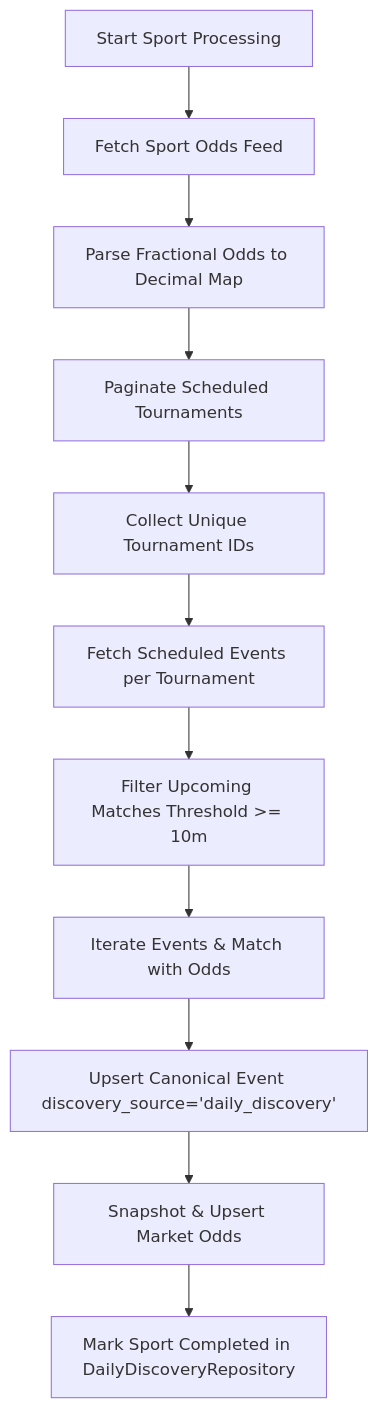
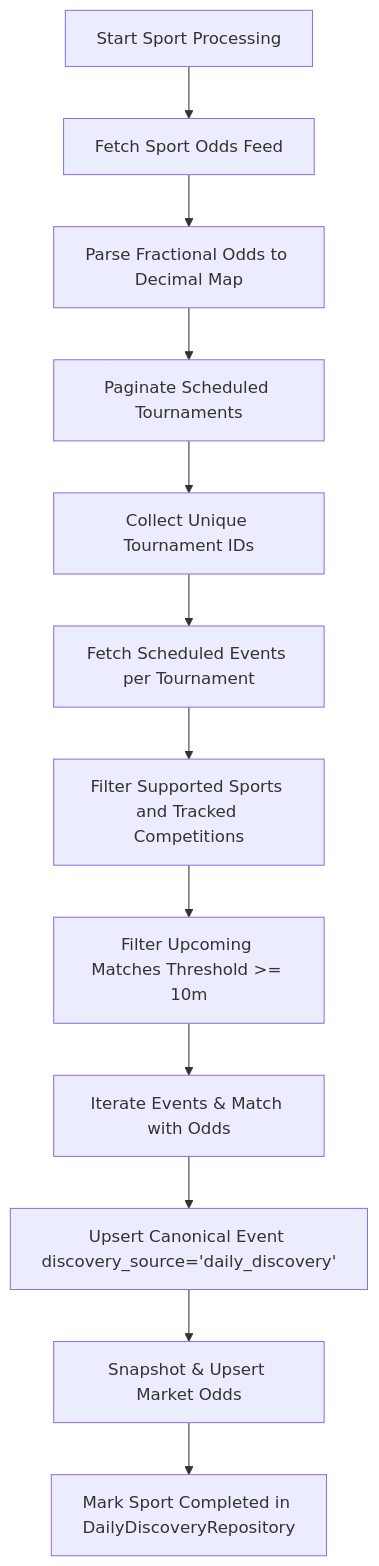
The diagram in docs/jobs/daily-discovery.md (GadielRP/scraping_with_api), drawn with Mermaid before and after one commit. The commit also changed other lines of this file and 35 other files, not shown here.

````diff
--- a/docs/jobs/daily-discovery.md
+++ b/docs/jobs/daily-discovery.md
@@ -66,13 +68,14 @@
 ```mermaid
 flowchart TD
     A[Start Sport Processing] --> B[Fetch Sport Odds Feed]
     B --> C[Parse Fractional Odds to Decimal Map]
     C --> D[Paginate Scheduled Tournaments]
     D --> E[Collect Unique Tournament IDs]
     E --> F[Fetch Scheduled Events per Tournament]
-    F --> G[Filter Upcoming Matches Threshold >= 10m]
-    G --> H[Iterate Events & Match with Odds]
-    H --> I[Upsert Canonical Event discovery_source='daily_discovery']
-    I --> J[Snapshot & Upsert Market Odds]
-    J --> K[Mark Sport Completed in DailyDiscoveryRepository]
+    F --> G[Filter Supported Sports and Tracked Competitions]
+    G --> H[Filter Upcoming Matches Threshold >= 10m]
+    H --> I[Iterate Events & Match with Odds]
+    I --> J[Upsert Canonical Event discovery_source='daily_discovery']
+    J --> K[Snapshot & Upsert Market Odds]
+    K --> L[Mark Sport Completed in DailyDiscoveryRepository]
 ```
````
